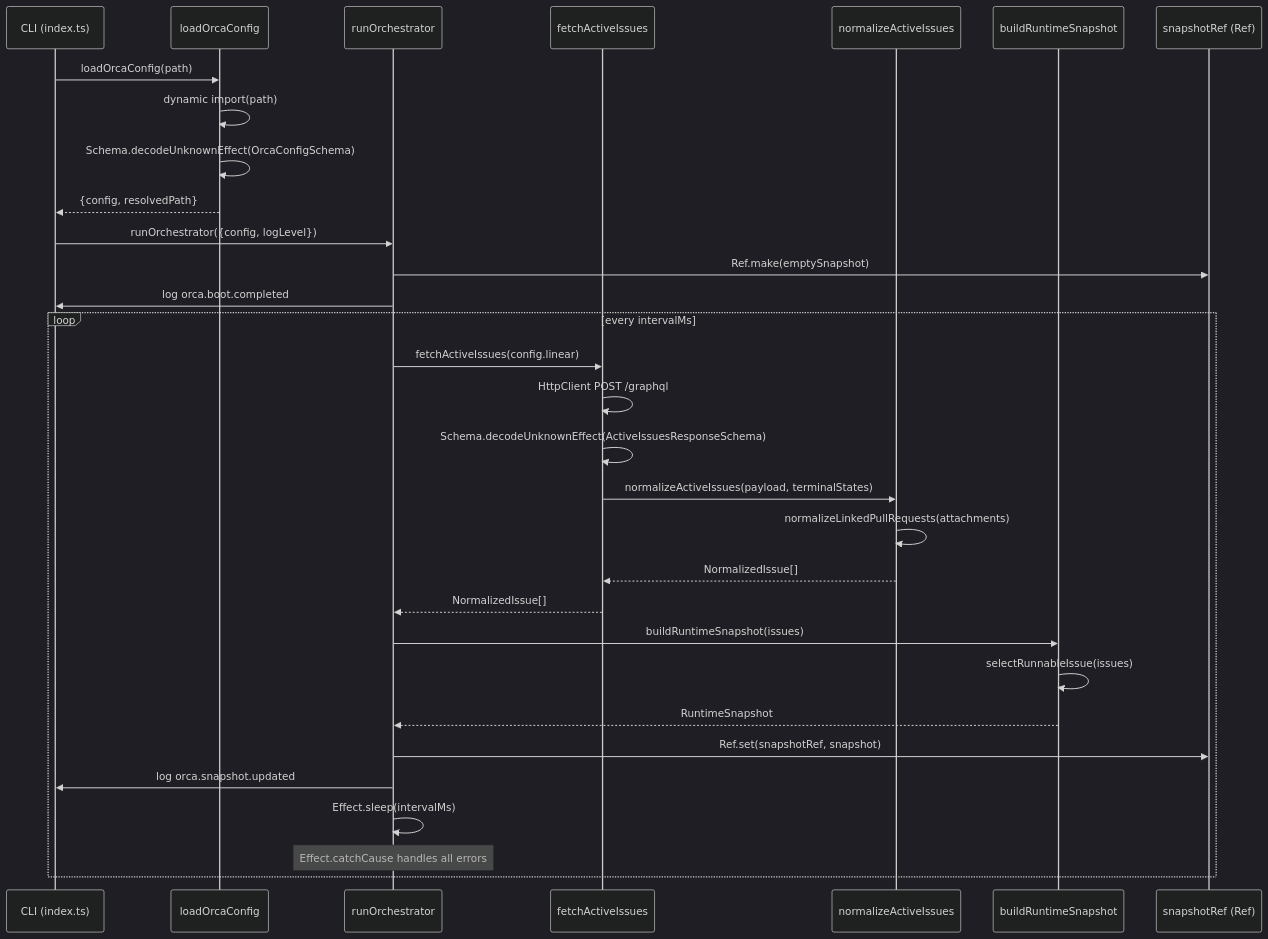
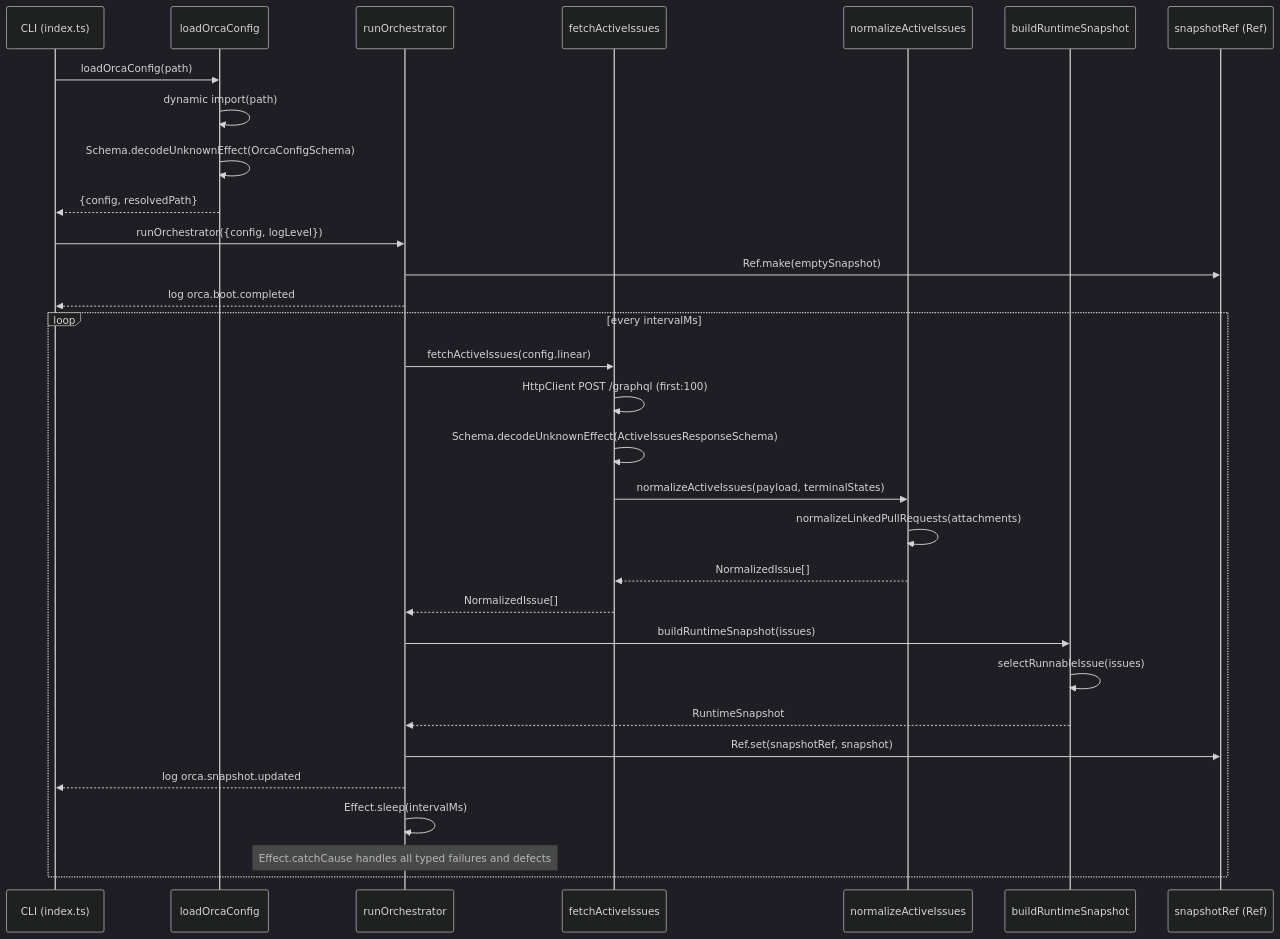
Before and after one commit to peterje/orca2: the diagram in .orca/issue.md, drawn with Mermaid (dark theme). The commit also changed other lines of this file and 8 other files, not shown here.

````diff
--- a/.orca/issue.md
+++ b/.orca/issue.md
@@ -309,36 +72,36 @@
 ```mermaid
 sequenceDiagram
     participant CLI as CLI (index.ts)
     participant Config as loadOrcaConfig
     participant Orch as runOrchestrator
     participant Linear as fetchActiveIssues
     participant Norm as normalizeActiveIssues
     participant Snap as buildRuntimeSnapshot
     participant Ref as snapshotRef (Ref)
 
     CLI->>Config: loadOrcaConfig(path)
     Config->>Config: dynamic import(path)
     Config->>Config: Schema.decodeUnknownEffect(OrcaConfigSchema)
     Config-->>CLI: {config, resolvedPath}
 
     CLI->>Orch: runOrchestrator({config, logLevel})
     Orch->>Ref: Ref.make(emptySnapshot)
-    Orch->>CLI: log orca.boot.completed
+    Orch-->>CLI: log orca.boot.completed
 
     loop every intervalMs
         Orch->>Linear: fetchActiveIssues(config.linear)
-        Linear->>Linear: HttpClient POST /graphql
+        Linear->>Linear: HttpClient POST /graphql (first:100)
         Linear->>Linear: Schema.decodeUnknownEffect(ActiveIssuesResponseSchema)
         Linear->>Norm: normalizeActiveIssues(payload, terminalStates)
         Norm->>Norm: normalizeLinkedPullRequests(attachments)
         Norm-->>Linear: NormalizedIssue[]
         Linear-->>Orch: NormalizedIssue[]
         Orch->>Snap: buildRuntimeSnapshot(issues)
         Snap->>Snap: selectRunnableIssue(issues)
         Snap-->>Orch: RuntimeSnapshot
         Orch->>Ref: Ref.set(snapshotRef, snapshot)
-        Orch->>CLI: log orca.snapshot.updated
+        Orch-->>CLI: log orca.snapshot.updated
         Orch->>Orch: Effect.sleep(intervalMs)
-        note over Orch: Effect.catchCause handles all errors
+        note over Orch: Effect.catchCause handles all typed failures and defects
     end
 ```
````
